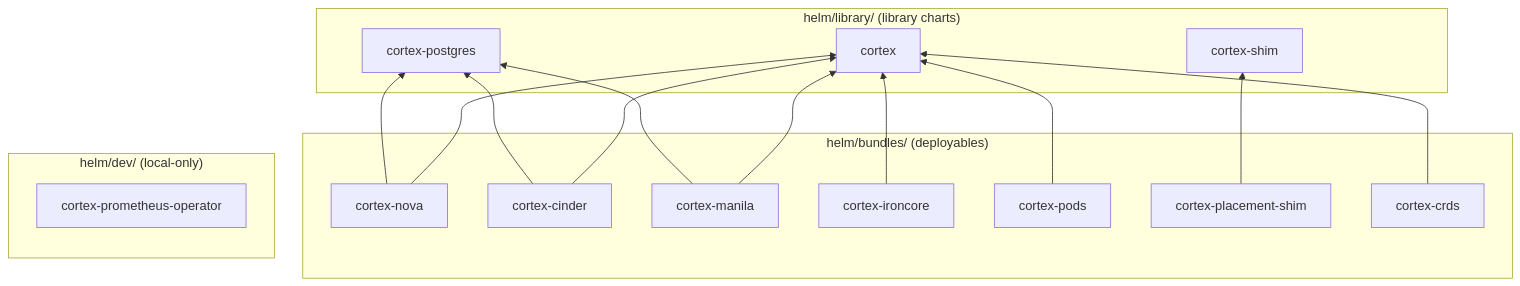
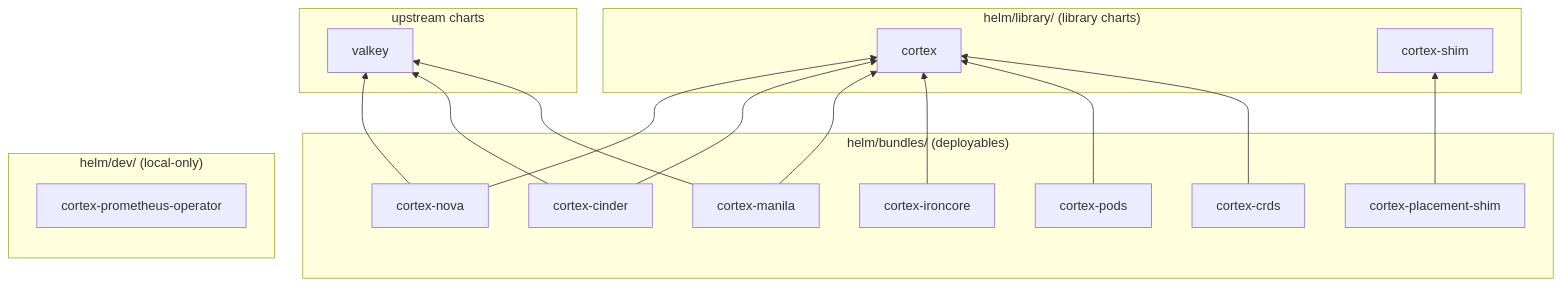
The diagram in docs/01-getting-started/04-helm-charts.md (cobaltcore-dev/cortex), drawn with Mermaid before and after one commit. The commit also changed other lines of this file and 106 other files, not shown here.

First line of the commit message:
feat: replace postgres with valkey/in-memory knowledge store

````diff
--- a/docs/01-getting-started/04-helm-charts.md
+++ b/docs/01-getting-started/04-helm-charts.md
@@ -18,30 +18,32 @@
 ```mermaid
 flowchart BT
     subgraph lib["helm/library/ (library charts)"]
         L1[cortex]
         L2[cortex-shim]
-        L3[cortex-postgres]
+    end
+    subgraph up["upstream charts"]
+        U1[valkey]
     end
     subgraph bun["helm/bundles/ (deployables)"]
         B1[cortex-nova]
         B2[cortex-cinder]
         B3[cortex-manila]
         B4[cortex-ironcore]
         B5[cortex-pods]
         B6[cortex-placement-shim]
         B7[cortex-crds]
     end
     subgraph dev["helm/dev/ (local-only)"]
         D1[cortex-prometheus-operator]
     end
     B1 --> L1
-    B1 --> L3
+    B1 --> U1
     B2 --> L1
-    B2 --> L3
+    B2 --> U1
     B3 --> L1
-    B3 --> L3
+    B3 --> U1
     B4 --> L1
     B5 --> L1
     B6 --> L2
     B7 --> L1
 ```
````
